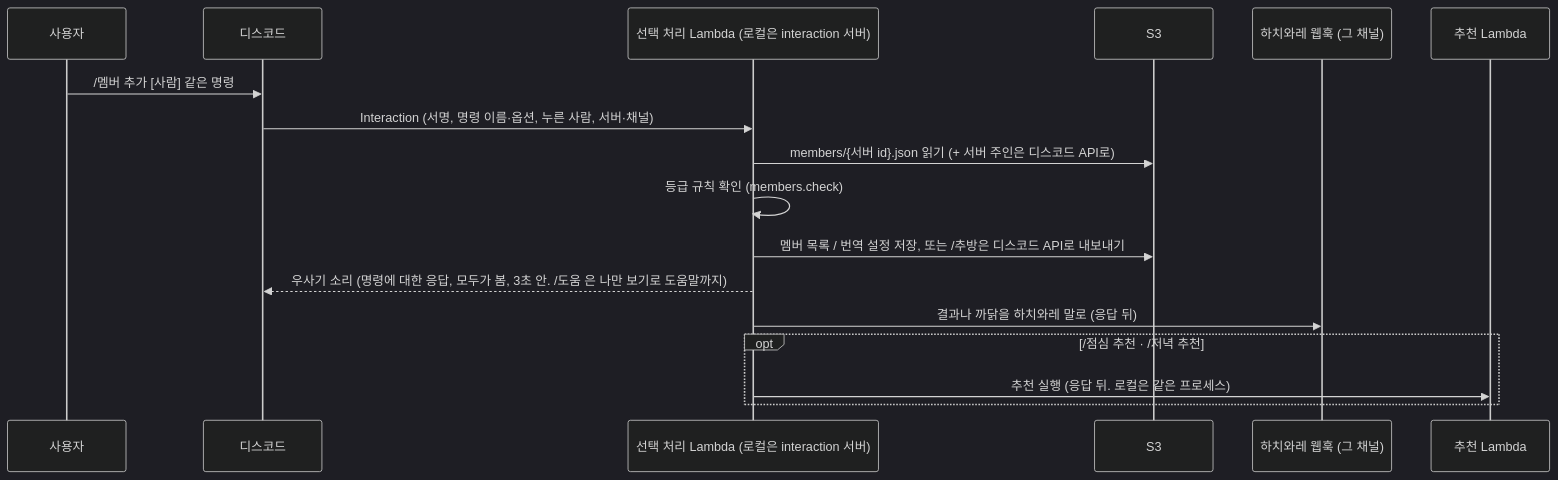
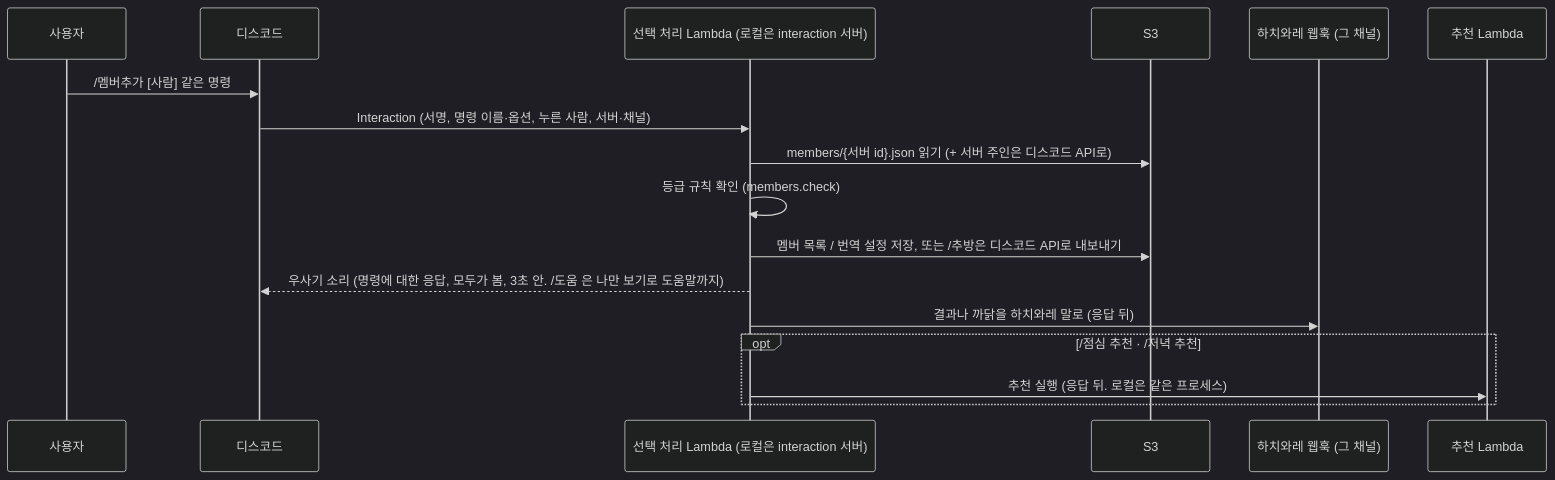
One commit to rkdalsdl98/usagi-bot changed the fourth of 4 diagrams in DESIGN.md. Above: the diagram before and after it, drawn with Mermaid (dark theme). The commit also changed other lines of this file and 13 other files, not shown here.

````diff
--- a/DESIGN.md
+++ b/DESIGN.md
@@ -133,19 +133,19 @@
 ```mermaid
 sequenceDiagram
     participant U as 사용자
     participant D as 디스코드
     participant I as 선택 처리 Lambda (로컬은 interaction 서버)
     participant B as S3
     participant H as 하치와레 웹훅 (그 채널)
     participant R as 추천 Lambda
-    U->>D: /멤버 추가 [사람] 같은 명령
+    U->>D: /멤버추가 [사람] 같은 명령
     D->>I: Interaction (서명, 명령 이름·옵션, 누른 사람, 서버·채널)
     I->>B: members/{서버 id}.json 읽기 (+ 서버 주인은 디스코드 API로)
     I->>I: 등급 규칙 확인 (members.check)
     I->>B: 멤버 목록 / 번역 설정 저장, 또는 /추방은 디스코드 API로 내보내기
     I-->>D: 우사기 소리 (명령에 대한 응답, 모두가 봄, 3초 안. /도움 은 나만 보기로 도움말까지)
     I->>H: 결과나 까닭을 하치와레 말로 (응답 뒤)
     opt /점심 추천 · /저녁 추천
         I->>R: 추천 실행 (응답 뒤. 로컬은 같은 프로세스)
     end
 ```
````
